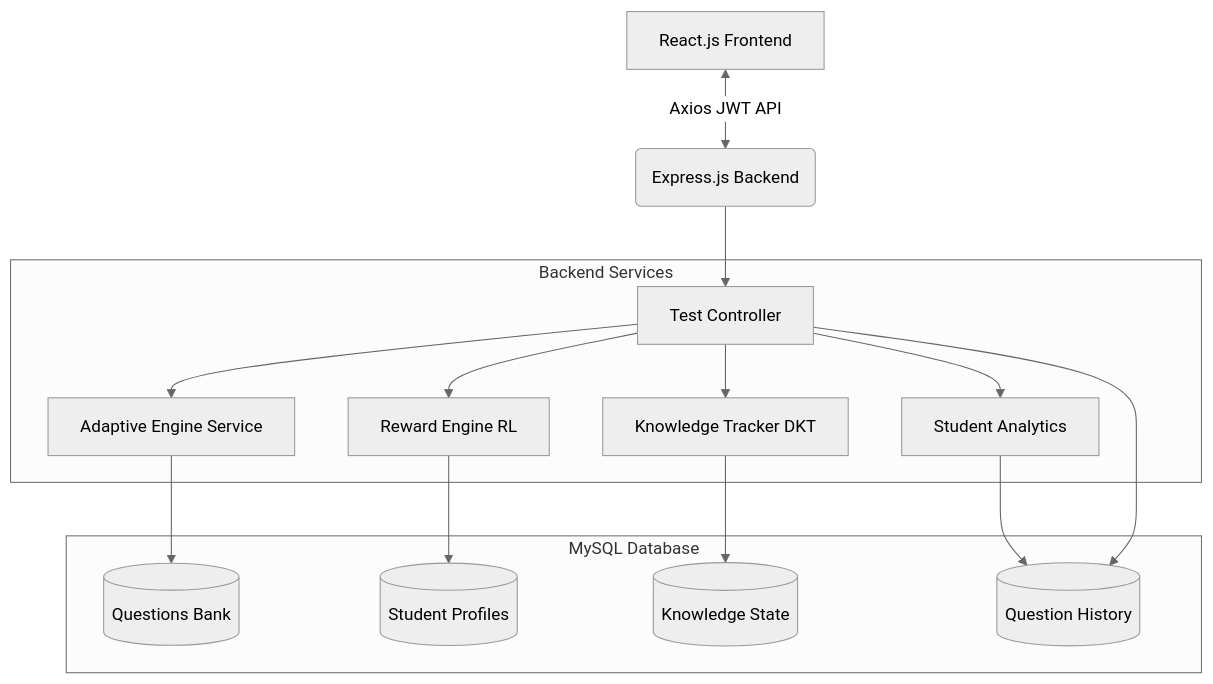
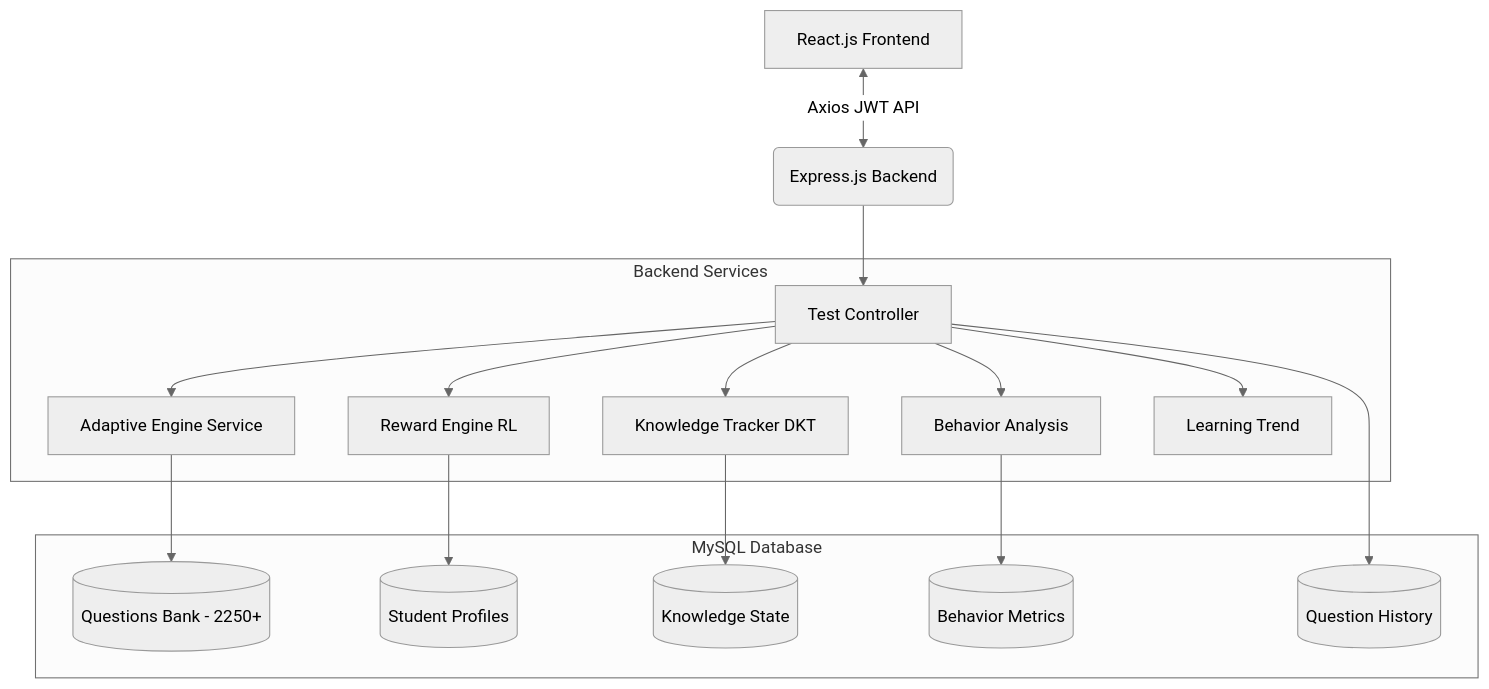
The first of 2 diagrams in docs/Architecture_and_Flow.md (virendra093/adaptive-learning-platform), drawn with Mermaid (neutral theme) before and after one commit. The commit also changed other lines of this file, not shown here.

Commit message:
docs: update architecture flow to include V3.0 end-to-end mathematical engine pipelines

````diff
--- a/docs/Architecture_and_Flow.md
+++ b/docs/Architecture_and_Flow.md
@@ -176,31 +113,34 @@
 ```mermaid
 graph TD
     A[React.js Frontend] <-->|Axios JWT API| B(Express.js Backend)
     
     subgraph Backend Services
         C[Test Controller]
         D[Adaptive Engine Service]
         E[Knowledge Tracker DKT]
         F[Reward Engine RL]
-        G[Student Analytics]
+        G[Behavior Analysis]
+        H[Learning Trend]
     end
     
     B --> C
     C --> D
     C --> E
     C --> F
     C --> G
+    C --> H
     
     subgraph MySQL Database
-        H[(Questions Bank)]
-        I[(Student Profiles)]
-        J[(Knowledge State)]
-        K[(Question History)]
+        I[(Questions Bank - 2250+)]
+        J[(Student Profiles)]
+        K[(Knowledge State)]
+        L[(Behavior Metrics)]
+        M[(Question History)]
     end
     
-    D --> H
-    E --> J
-    F --> I
-    G --> K
-    C --> K
+    D --> I
+    E --> K
+    F --> J
+    G --> L
+    C --> M
 ```
````
